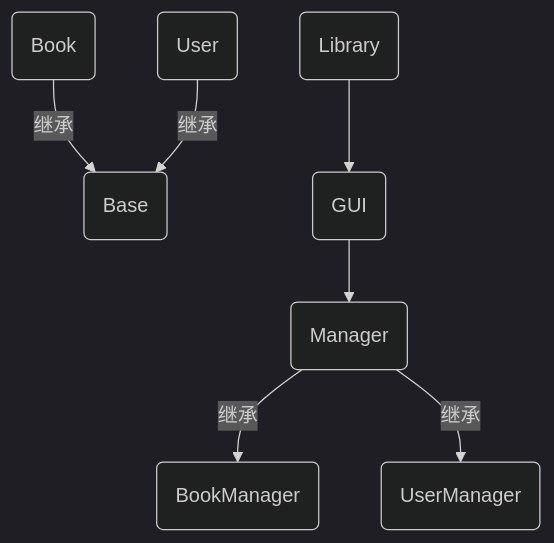
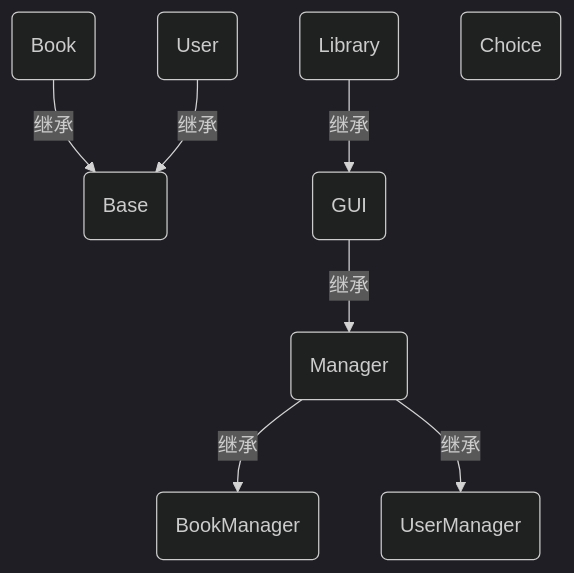
One commit to Horizonll/Library changed the second of 3 diagrams in 说明书.md. Above: the diagram before and after it, drawn with Mermaid (dark theme). The commit also changed other lines of this file, not shown here.

````diff
--- a/说明书.md
+++ b/说明书.md
@@ -253,9 +297,10 @@
 ```mermaid
 graph TD
     B(Book) -->|继承| BA(Base)
     U(User) -->|继承| BA
     M(Manager) --> |继承| BM(BookManager)
     M --> |继承| UM(UserManager)
-    G(GUI) --> M
-    L(Library) --> G
+    G(GUI) --> |继承| M
+    L(Library) --> |继承| G
+    C(Choice)
 ```
````
